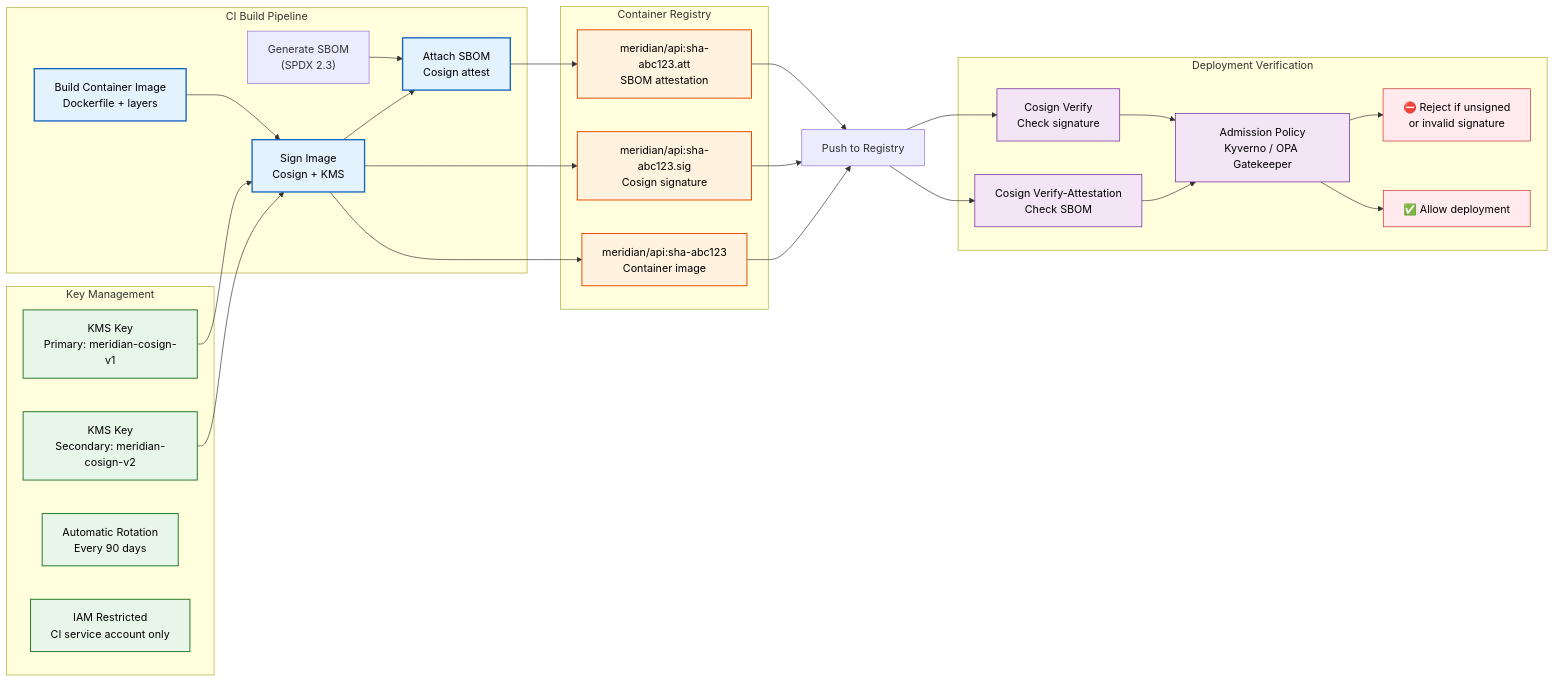
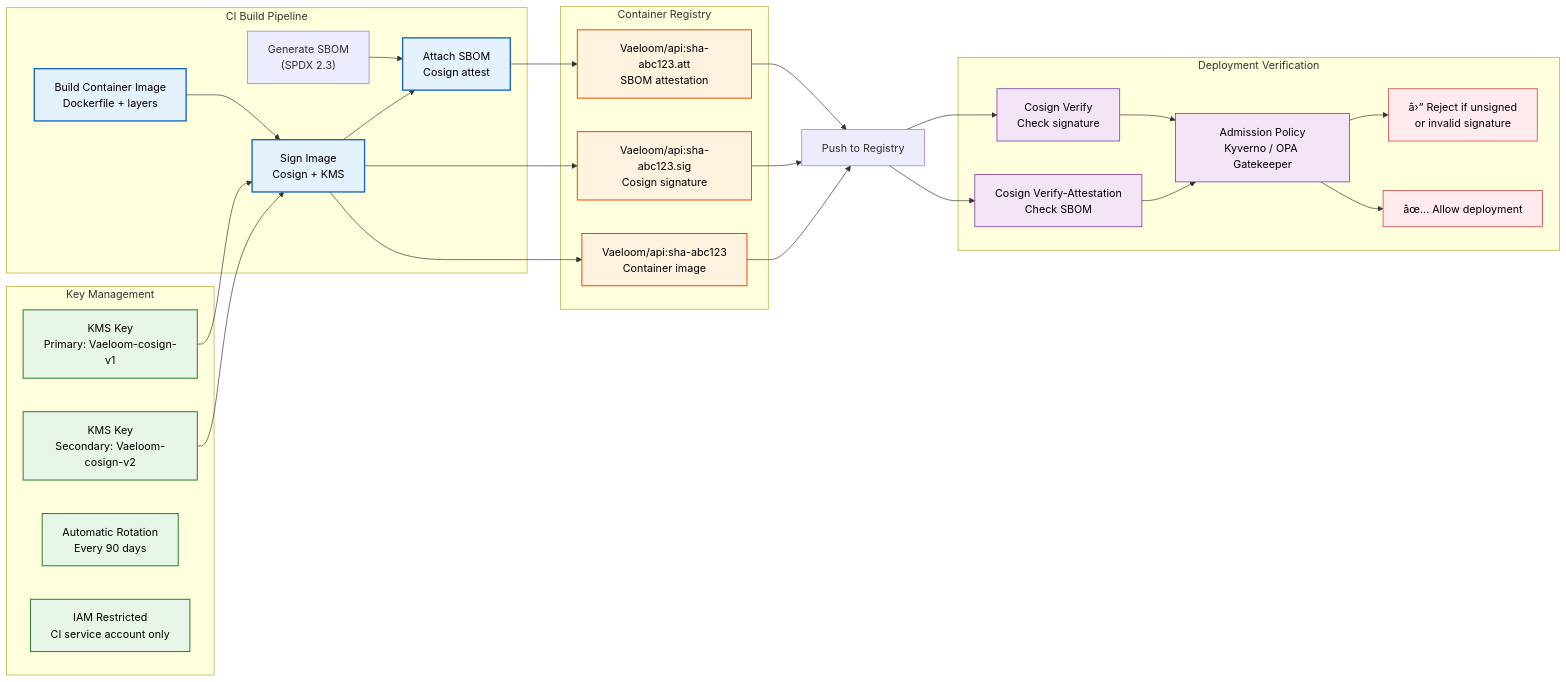
Before and after one commit to Driftloom/Vaeloom: the first of 2 diagrams in Docs/DevOps/Container-Signing.md, drawn with Mermaid. The commit also changed other lines of this file and 249 other files, not shown here.

Commit message:
Rename all references from Meridian to Vaeloom across docs, scripts, and config

````diff
--- a/Docs/DevOps/Container-Signing.md
+++ b/Docs/DevOps/Container-Signing.md
@@ -16,58 +16,58 @@
 ```mermaid
 graph LR
     classDef build fill:#e3f2fd,stroke:#1565c0,color:#000,stroke-width:2px
     classDef kms fill:#e8f5e9,stroke:#2e7d32,color:#000,stroke-width:1.5px
     classDef reg fill:#fff3e0,stroke:#e65100,color:#000,stroke-width:1.5px
     classDef verify fill:#f3e5f5,stroke:#6a1b9a,color:#000,stroke-width:1px
     classDef deploy fill:#ffebee,stroke:#c62828,color:#000,stroke-width:1px
 
     subgraph Build["CI Build Pipeline"]
         BUILD["Build Container Image<br/>Dockerfile + layers"]
         SBOM["Generate SBOM<br/>(SPDX 2.3)"]
         SIGN["Sign Image<br/>Cosign + KMS"]
         ATTACH["Attach SBOM<br/>Cosign attest"]
     end
 
     subgraph KMS["Key Management"]
-        KEY1["KMS Key<br/>Primary: meridian-cosign-v1"]
-        KEY2["KMS Key<br/>Secondary: meridian-cosign-v2"]
+        KEY1["KMS Key<br/>Primary: Vaeloom-cosign-v1"]
+        KEY2["KMS Key<br/>Secondary: Vaeloom-cosign-v2"]
         ROTATION["Automatic Rotation<br/>Every 90 days"]
         ACCESS["IAM Restricted<br/>CI service account only"]
     end
 
     subgraph Registry["Container Registry"]
-        IMG["meridian/api:sha-abc123<br/>Container image"]
-        SIG["meridian/api:sha-abc123.sig<br/>Cosign signature"]
-        ATT["meridian/api:sha-abc123.att<br/>SBOM attestation"]
+        IMG["Vaeloom/api:sha-abc123<br/>Container image"]
+        SIG["Vaeloom/api:sha-abc123.sig<br/>Cosign signature"]
+        ATT["Vaeloom/api:sha-abc123.att<br/>SBOM attestation"]
     end
 
     subgraph Verify["Deployment Verification"]
         POL["Admission Policy<br/>Kyverno / OPA Gatekeeper"]
         VERIFY_IMG["Cosign Verify<br/>Check signature"]
         VERIFY_ATT["Cosign Verify-Attestation<br/>Check SBOM"]
-        REJECT["⛔ Reject if unsigned<br/>or invalid signature"]
-        APPROVE["✅ Allow deployment"]
+        REJECT["â›” Reject if unsigned<br/>or invalid signature"]
+        APPROVE["âœ… Allow deployment"]
     end
 
     BUILD --> SIGN --> ATTACH
     KEY1 & KEY2 --> SIGN
     SIGN --> SIG
     ATTACH --> ATT
     SBOM --> ATTACH
     SIGN --> IMG
     SIG --> REGISTRY["Push to Registry"]
     ATT --> REGISTRY
     IMG --> REGISTRY
 
     REGISTRY --> VERIFY_IMG & VERIFY_ATT
     VERIFY_IMG --> POL
     VERIFY_ATT --> POL
     POL --> REJECT
     POL --> APPROVE
 
     class BUILD,SIGN,ATTACH build
     class KEY1,KEY2,ROTATION,ACCESS kms
     class IMG,SIG,ATT reg
     class POL,VERIFY_IMG,VERIFY_ATT verify
     class REJECT,APPROVE deploy
 ```
````
